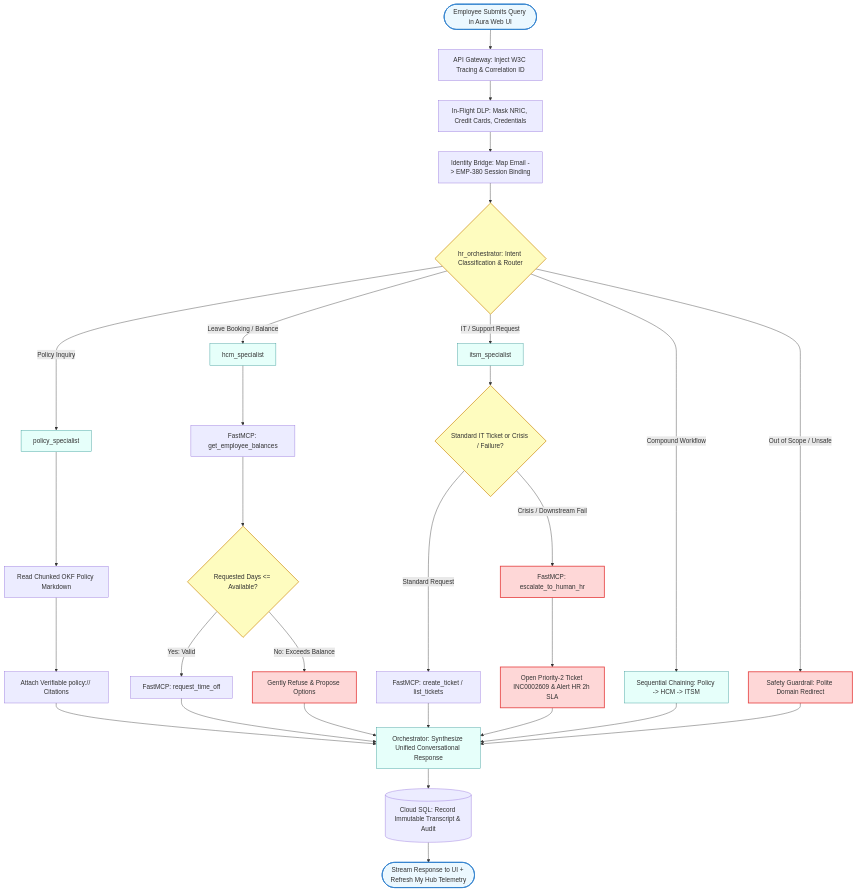
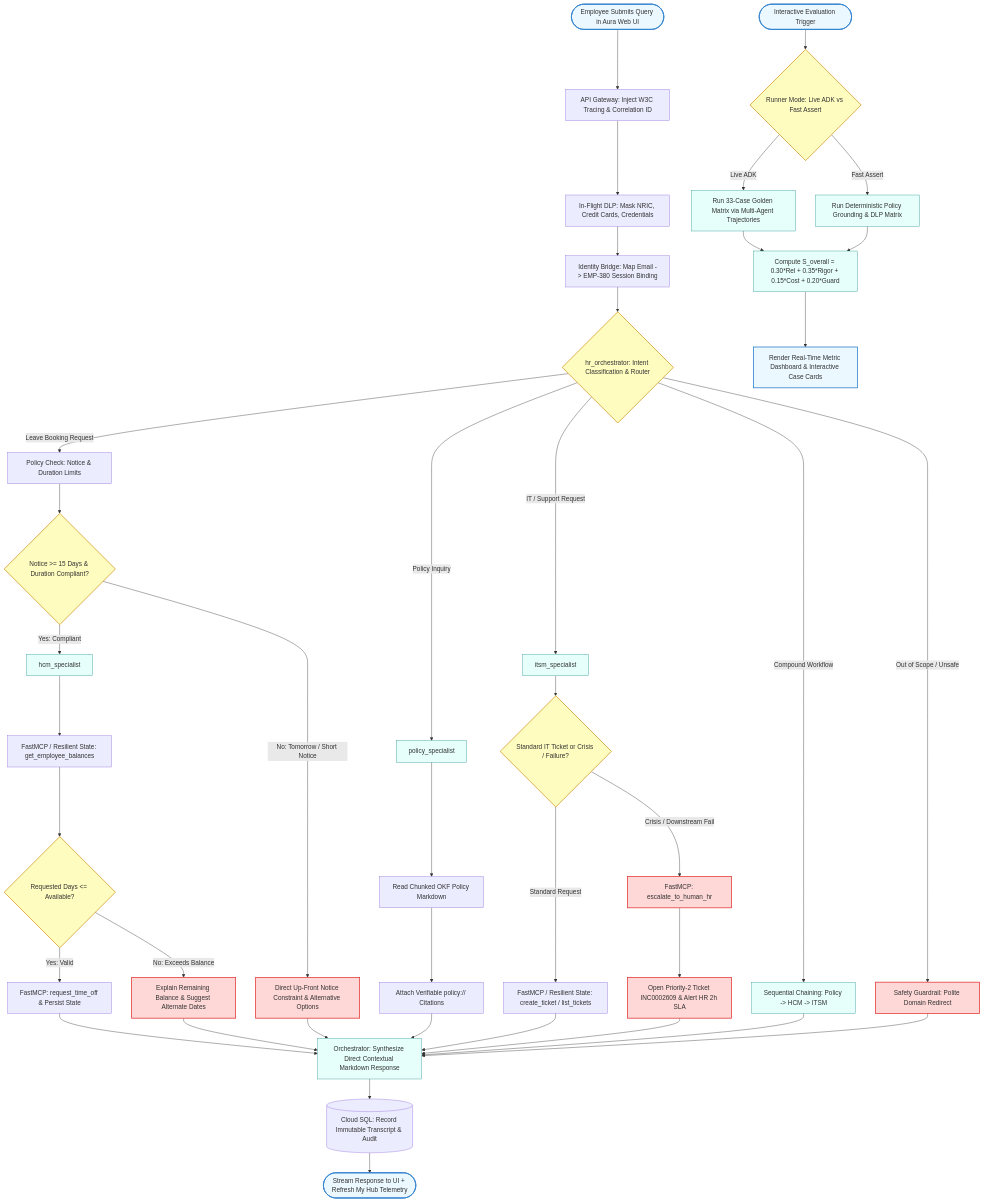
One commit to zuhaibp656/project_elevate_team_12 changed the first of 3 diagrams in Solution_Design_Document.md. Above: the diagram before and after it, drawn with Mermaid. The commit also changed other lines of this file and 1 other file, not shown here.

Commit message:
Update README and SDD with latest evaluation suite, notice guardrails, resilient SaaS fallback, and updated flow diagram

````diff
--- a/Solution_Design_Document.md
+++ b/Solution_Design_Document.md
@@ -119,54 +119,66 @@
 ```mermaid
 flowchart TD
     Start([Employee Submits Query in Aura Web UI]) --> W3C[API Gateway: Inject W3C Tracing & Correlation ID]
     W3C --> DLP[In-Flight DLP: Mask NRIC, Credit Cards, Credentials]
     DLP --> Auth[Identity Bridge: Map Email -> EMP-380 Session Binding]
     Auth --> Orch{hr_orchestrator: Intent Classification & Router}
 
-    %% Branch 1: Policy Retrieval
+    %% Branch 1: Leave & Policy Guardrail (Notice & Balance)
+    Orch -->|Leave Booking Request| LeaveCheck[Policy Check: Notice & Duration Limits]
+    LeaveCheck --> NoticeGuard{Notice >= 15 Days & Duration Compliant?}
+    NoticeGuard -->|No: Tomorrow / Short Notice| DirectNotice[Direct Up-Front Notice Constraint & Alternative Options]
+    NoticeGuard -->|Yes: Compliant| HCMAgent[hcm_specialist]
+    HCMAgent --> CheckBal[FastMCP / Resilient State: get_employee_balances]
+    CheckBal --> BalanceGuard{Requested Days <= Available?}
+    BalanceGuard -->|No: Exceeds Balance| RejectBal[Explain Remaining Balance & Suggest Alternate Dates]
+    BalanceGuard -->|Yes: Valid| BookLeave[FastMCP: request_time_off & Persist State]
+    BookLeave --> Synth
+    RejectBal --> Synth
+    DirectNotice --> Synth
+
+    %% Branch 2: Policy Inquiry
     Orch -->|Policy Inquiry| PolAgent[policy_specialist]
     PolAgent --> PolIndex[Read Chunked OKF Policy Markdown]
     PolIndex --> PolCite[Attach Verifiable policy:// Citations]
     PolCite --> Synth
 
-    %% Branch 2: HCM Leave & Profile
-    Orch -->|Leave Booking / Balance| HCMAgent[hcm_specialist]
-    HCMAgent --> CheckBal[FastMCP: get_employee_balances]
-    CheckBal --> BalanceGuard{Requested Days <= Available?}
-    BalanceGuard -->|No: Exceeds Balance| RejectBal[Gently Refuse & Propose Options]
-    BalanceGuard -->|Yes: Valid| BookLeave[FastMCP: request_time_off]
-    BookLeave --> Synth
-    RejectBal --> Synth
-
     %% Branch 3: ITSM Tickets & Escalation
     Orch -->|IT / Support Request| ITSMAgent[itsm_specialist]
     ITSMAgent --> SupportType{Standard IT Ticket or Crisis / Failure?}
-    SupportType -->|Standard Request| CreateTkt[FastMCP: create_ticket / list_tickets]
+    SupportType -->|Standard Request| CreateTkt[FastMCP / Resilient State: create_ticket / list_tickets]
     SupportType -->|Crisis / Downstream Fail| EscalateHR[FastMCP: escalate_to_human_hr]
     EscalateHR --> HRCase[Open Priority-2 Ticket INC0002609 & Alert HR 2h SLA]
     CreateTkt --> Synth
     HRCase --> Synth
 
     %% Branch 4: Compound Multi-System Workflow
     Orch -->|Compound Workflow| CompSeq[Sequential Chaining: Policy -> HCM -> ITSM]
     CompSeq --> Synth
 
     %% Branch 5: Out of Scope
     Orch -->|Out of Scope / Unsafe| SafetyRefuse[Safety Guardrail: Polite Domain Redirect]
     SafetyRefuse --> Synth
 
+    %% Branch 6: Interactive Evaluation Suite
+    StartEval([Interactive Evaluation Trigger]) --> EvalMode{Runner Mode: Live ADK vs Fast Assert}
+    EvalMode -->|Live ADK| ExecLive[Run 33-Case Golden Matrix via Multi-Agent Trajectories]
+    EvalMode -->|Fast Assert| ExecAssert[Run Deterministic Policy Grounding & DLP Matrix]
+    ExecLive --> ScoreCalc[Compute S_overall = 0.30*Rel + 0.35*Rigor + 0.15*Cost + 0.20*Guard]
+    ExecAssert --> ScoreCalc
+    ScoreCalc --> EvalDash[Render Real-Time Metric Dashboard & Interactive Case Cards]
+
     %% Response Synthesis
-    Synth[Orchestrator: Synthesize Unified Conversational Response]
+    Synth[Orchestrator: Synthesize Direct Contextual Markdown Response]
     Synth --> LogDB[(Cloud SQL: Record Immutable Transcript & Audit)]
     LogDB --> StreamResp([Stream Response to UI + Refresh My Hub Telemetry])
 
     classDef primary fill:#EBF8FF,stroke:#3182CE,stroke-width:2px;
     classDef decision fill:#FEFCBF,stroke:#D69E2E,stroke-width:2px;
     classDef action fill:#E6FFFA,stroke:#319795,stroke-width:1px;
     classDef alert fill:#FED7D7,stroke:#E53E3E,stroke-width:2px;
 
-    class Start,StreamResp primary;
-    class Orch,BalanceGuard,SupportType decision;
-    class PolAgent,HCMAgent,ITSMAgent,CompSeq,Synth action;
-    class RejectBal,EscalateHR,HRCase,SafetyRefuse alert;
+    class Start,StreamResp,StartEval,EvalDash primary;
+    class Orch,NoticeGuard,BalanceGuard,SupportType,EvalMode decision;
+    class PolAgent,HCMAgent,ITSMAgent,CompSeq,Synth,ExecLive,ExecAssert,ScoreCalc action;
+    class RejectBal,DirectNotice,EscalateHR,HRCase,SafetyRefuse alert;
 ```
````
